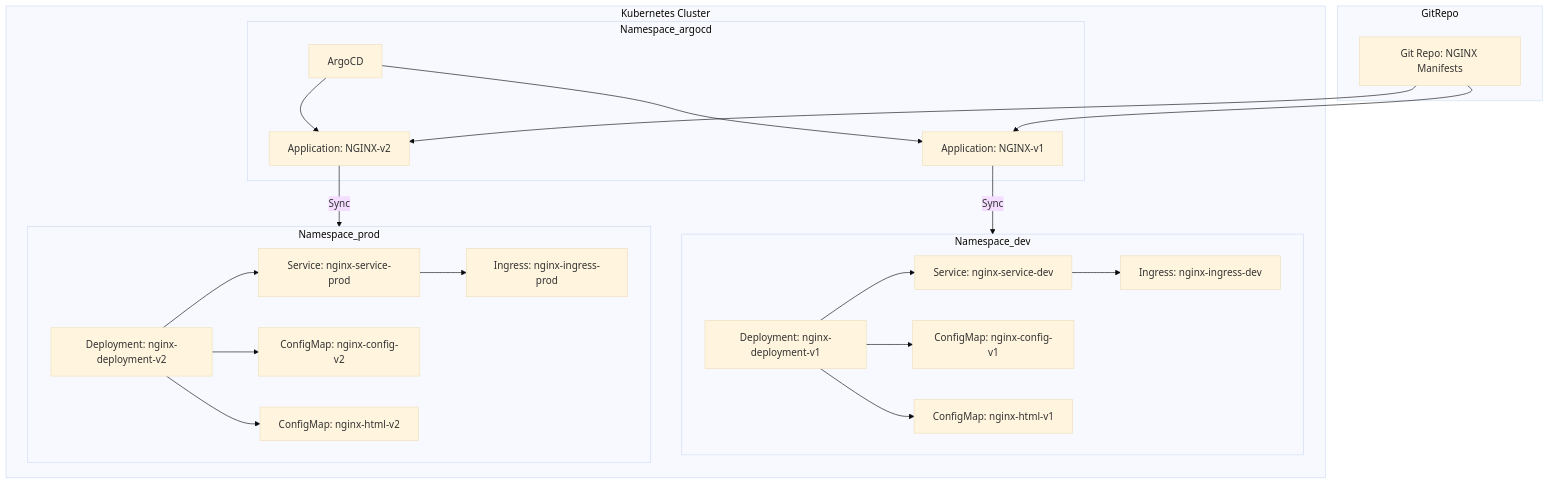
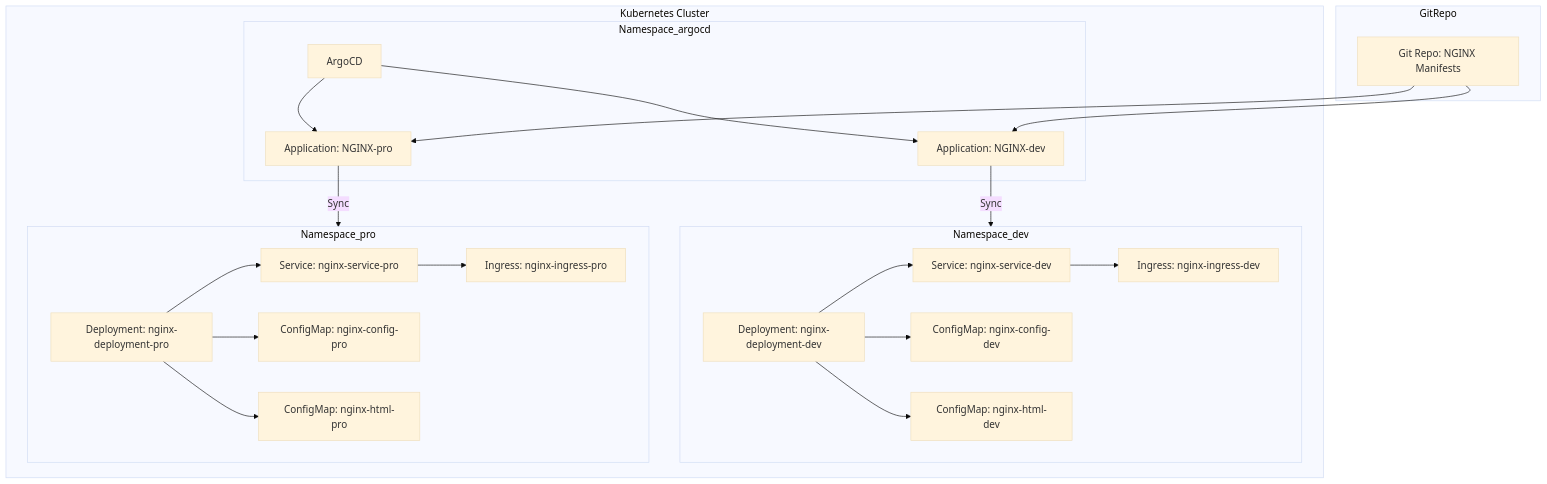
The diagram in readme.md (altitoo/kubernetes-deployment-gitops-argocd), drawn with Mermaid (base theme) before and after one commit. The commit also changed other lines of this file, not shown here.

````diff
--- a/readme.md
+++ b/readme.md
@@ -9,34 +9,34 @@
 ```mermaid
 graph TD
     subgraph Kubernetes Cluster
         subgraph Namespace_dev
-            A1[Deployment: nginx-deployment-v1] --> B1[Service: nginx-service-dev]
+            A1[Deployment: nginx-deployment-dev] --> B1[Service: nginx-service-dev]
             B1 --> C1[Ingress: nginx-ingress-dev]
-            A1 --> D1[ConfigMap: nginx-config-v1]
-            A1 --> E1[ConfigMap: nginx-html-v1]
+            A1 --> D1[ConfigMap: nginx-config-dev]
+            A1 --> E1[ConfigMap: nginx-html-dev]
         end
 
-        subgraph Namespace_prod
-            A2[Deployment: nginx-deployment-v2] --> B2[Service: nginx-service-prod]
-            B2 --> C2[Ingress: nginx-ingress-prod]
-            A2 --> D2[ConfigMap: nginx-config-v2]
-            A2 --> E2[ConfigMap: nginx-html-v2]
+        subgraph Namespace_pro
+            A2[Deployment: nginx-deployment-pro] --> B2[Service: nginx-service-pro]
+            B2 --> C2[Ingress: nginx-ingress-pro]
+            A2 --> D2[ConfigMap: nginx-config-pro]
+            A2 --> E2[ConfigMap: nginx-html-pro]
         end
 
         subgraph Namespace_argocd
-            Argo[ArgoCD] --> App1[Application: NGINX-v1]
-            Argo --> App2[Application: NGINX-v2]
+            Argo[ArgoCD] --> App1[Application: NGINX-dev]
+            Argo --> App2[Application: NGINX-pro]
         end
     end
 
     subgraph GitRepo
         Repo[Git Repo: NGINX Manifests]
     end
 
     Repo --> App1
     Repo --> App2
     
     App1 --> |Sync| Namespace_dev
-    App2 --> |Sync| Namespace_prod
+    App2 --> |Sync| Namespace_pro
 
 ```
````
